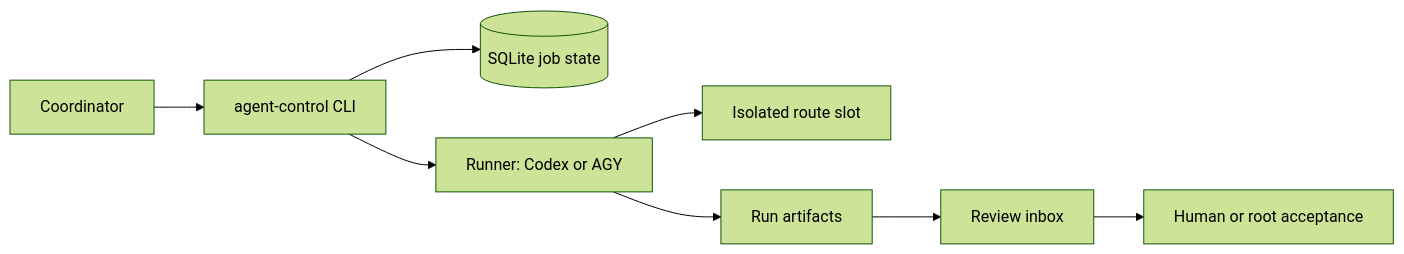
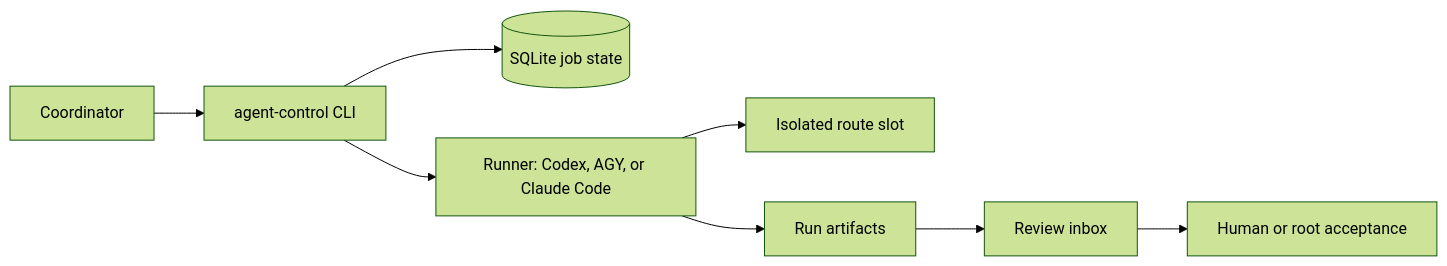
The diagram in README.md (Horcag/agent-control-plane), drawn with Mermaid (forest theme) before and after one commit. The commit also changed other lines of this file and 3 other files, not shown here.

````diff
--- a/README.md
+++ b/README.md
@@ -21,10 +21,10 @@
 ```mermaid
 flowchart LR
     C[Coordinator] --> CLI[agent-control CLI]
     CLI --> DB[(SQLite job state)]
-    CLI --> R[Runner: Codex or AGY]
+    CLI --> R[Runner: Codex, AGY, or Claude Code]
     R --> S[Isolated route slot]
     R --> A[Run artifacts]
     A --> I[Review inbox]
     I --> H[Human or root acceptance]
 ```
````
